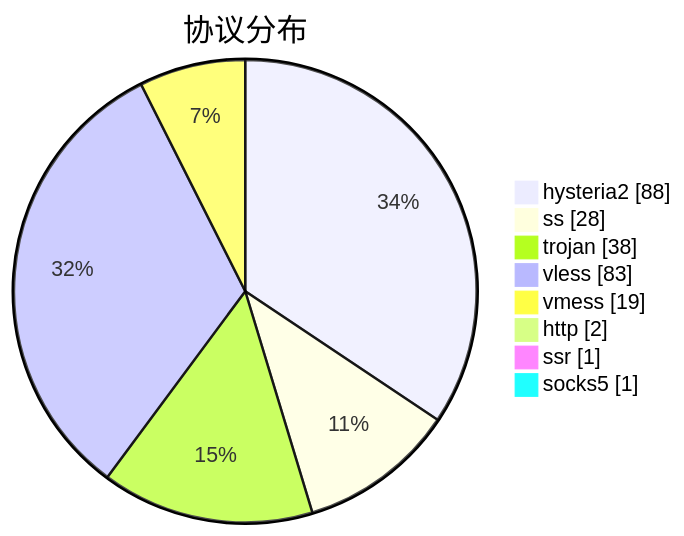
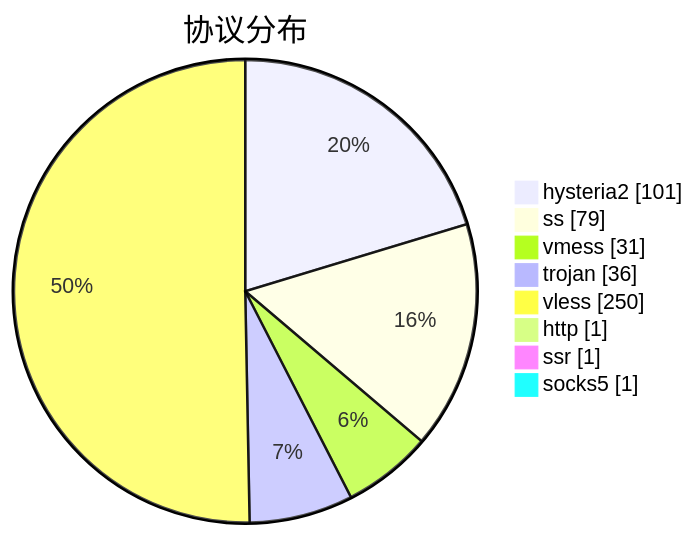
The third of 3 diagrams in subs/statistics/tested_within.md (sinspired/airport), drawn with Mermaid before and after one commit. The commit also changed other lines of this file and 2 other files, not shown here.

````diff
--- a/subs/statistics/tested_within.md
+++ b/subs/statistics/tested_within.md
@@ -36,12 +43,12 @@
 ```mermaid
 pie showData
 title 协议分布
-"hysteria2" : 88
-"ss" : 28
-"trojan" : 38
-"vless" : 83
-"vmess" : 19
-"http" : 2
+"hysteria2" : 101
+"ss" : 79
+"vmess" : 31
+"trojan" : 36
+"vless" : 250
+"http" : 1
 "ssr" : 1
 "socks5" : 1
 ```
````
